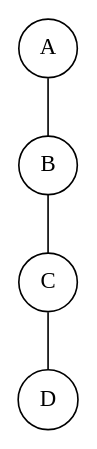
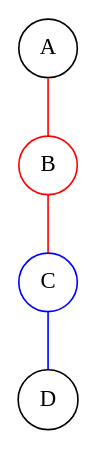
One commit to joaopedrocampos1/grafos changed the diagram in aulas/aula06/cobertura_vertice.dot. Above: the diagram before and after it, drawn with Graphviz. The commit also changed 1 other file, not shown here.

```diff
--- a/aulas/aula06/cobertura_vertice.dot
+++ b/aulas/aula06/cobertura_vertice.dot
@@ -1,9 +1,9 @@
 graph G {
-    A [shape="circle"]
-    B [shape="circle"]
-    C [shape="circle"]
-    D [shape="circle"]
-    A -- B
-    B -- C
-    C -- D
+   A [shape="circle"];
+   B [shape="circle", color="red"];
+   C [shape="circle", color="blue"]; 
+   D [shape="circle"];
+   A -- B [color="red"]
+   B -- C [color="red"]
+   C -- D [color="blue"]
 }
```
